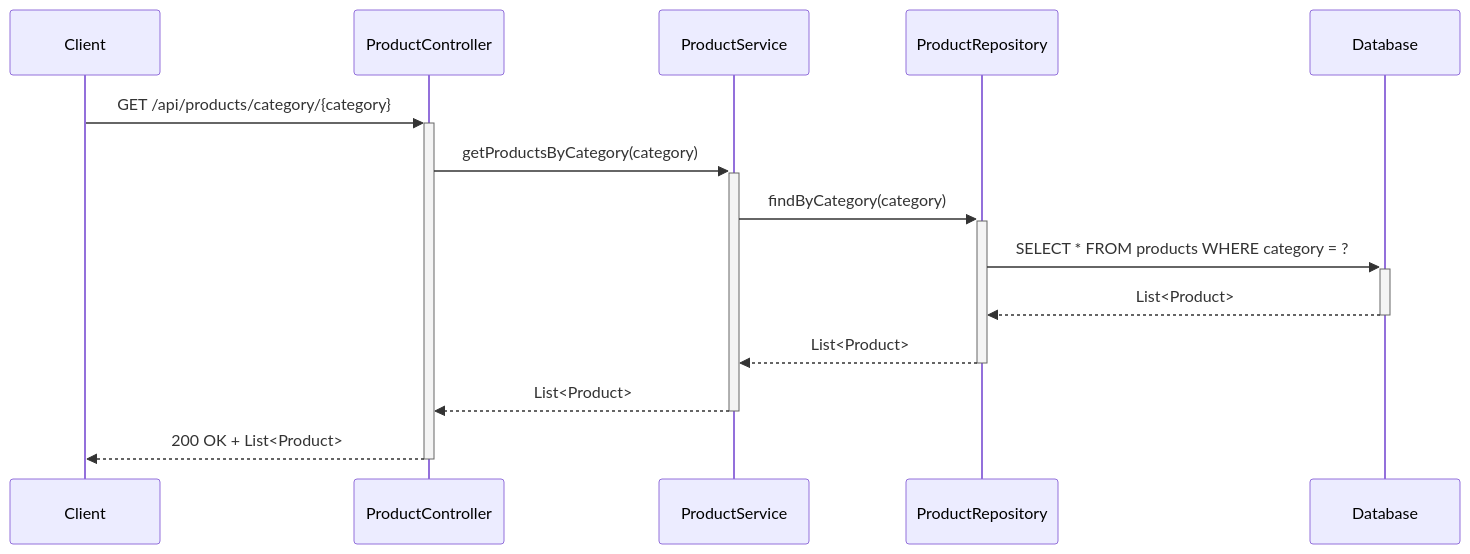
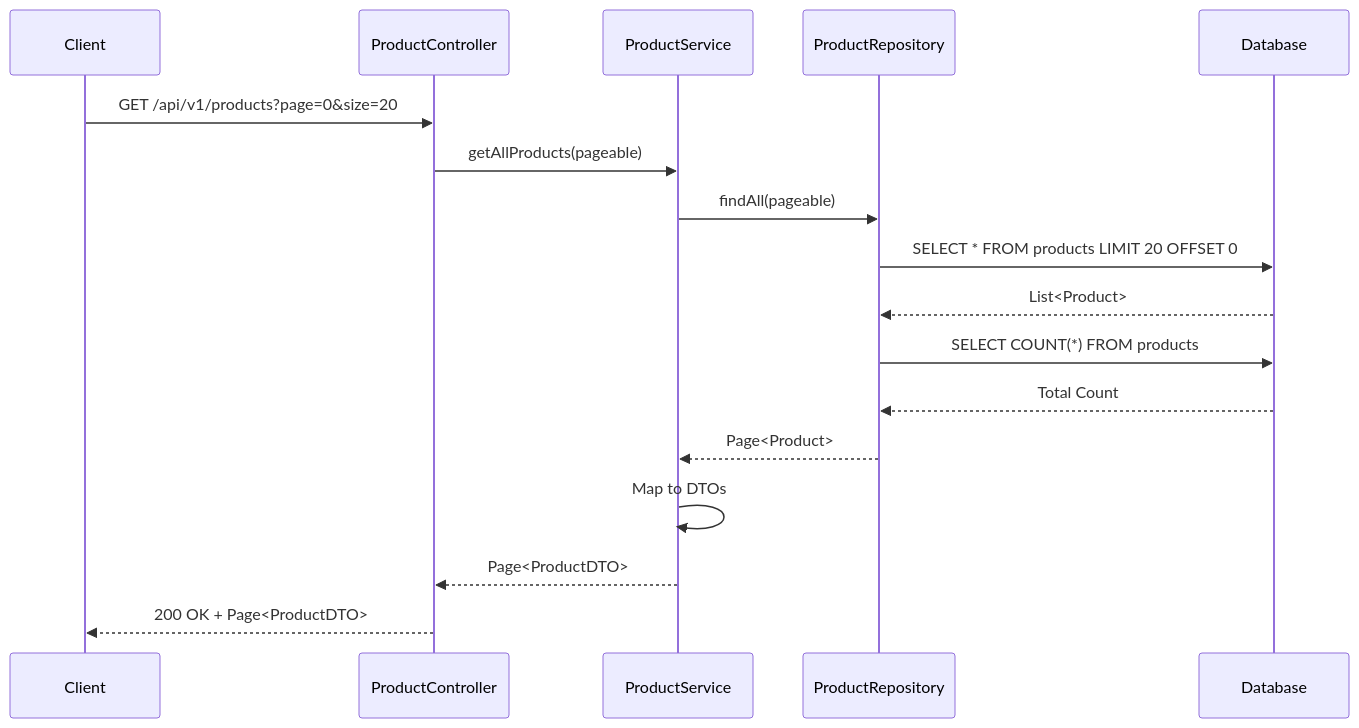
Before and after one commit to NavneetBN47/aava-ecom-demo: diagram 15 of 23 in docs/LLD/modified_lld.md, drawn with Mermaid. The commit also changed other lines of this file, not shown here.

````diff
--- a/docs/LLD/modified_lld.md
+++ b/docs/LLD/modified_lld.md
@@ -747,17 +1062,20 @@
 ```mermaid
 sequenceDiagram
     participant Client
-    participant ProductController
-    participant ProductService
-    participant ProductRepository
-    participant Database
+    participant Controller as ProductController
+    participant Service as ProductService
+    participant Repository as ProductRepository
+    participant DB as Database
     
-    Client->>+ProductController: GET /api/products/category/{category}
-    ProductController->>+ProductService: getProductsByCategory(category)
-    ProductService->>+ProductRepository: findByCategory(category)
-    ProductRepository->>+Database: SELECT * FROM products WHERE category = ?
-    Database-->>-ProductRepository: List<Product>
-    ProductRepository-->>-ProductService: List<Product>
-    ProductService-->>-ProductController: List<Product>
-    ProductController-->>-Client: 200 OK + List<Product>
+    Client->>Controller: GET /api/v1/products?page=0&size=20
+    Controller->>Service: getAllProducts(pageable)
+    Service->>Repository: findAll(pageable)
+    Repository->>DB: SELECT * FROM products LIMIT 20 OFFSET 0
+    DB-->>Repository: List<Product>
+    Repository->>DB: SELECT COUNT(*) FROM products
+    DB-->>Repository: Total Count
+    Repository-->>Service: Page<Product>
+    Service->>Service: Map to DTOs
+    Service-->>Controller: Page<ProductDTO>
+    Controller-->>Client: 200 OK + Page<ProductDTO>
 ```
````
